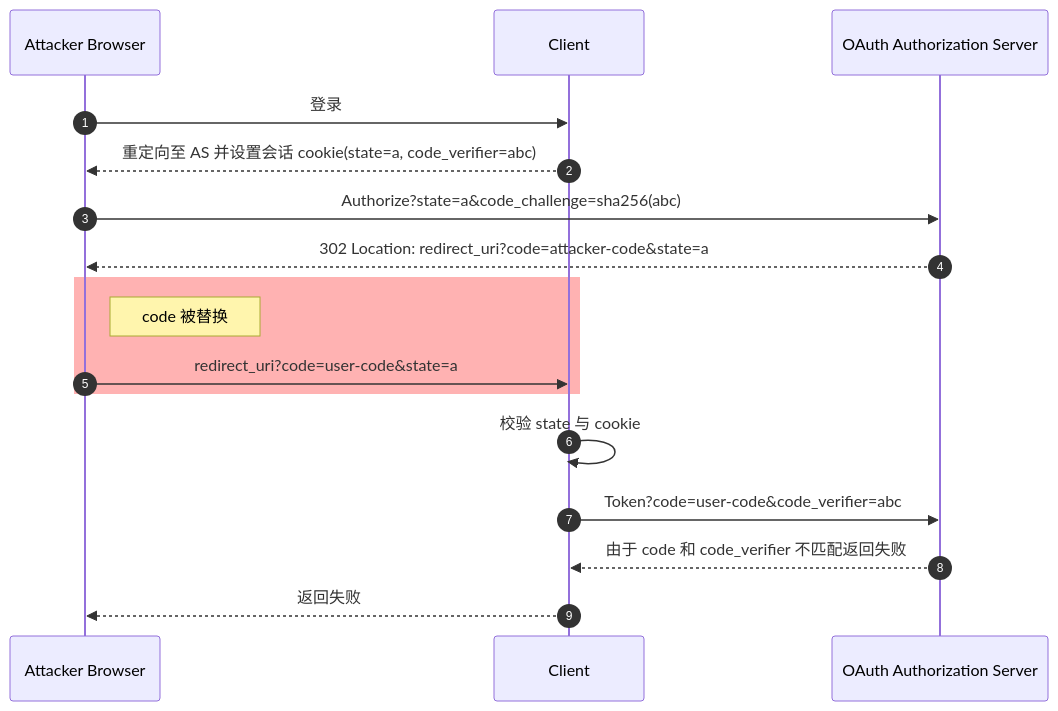
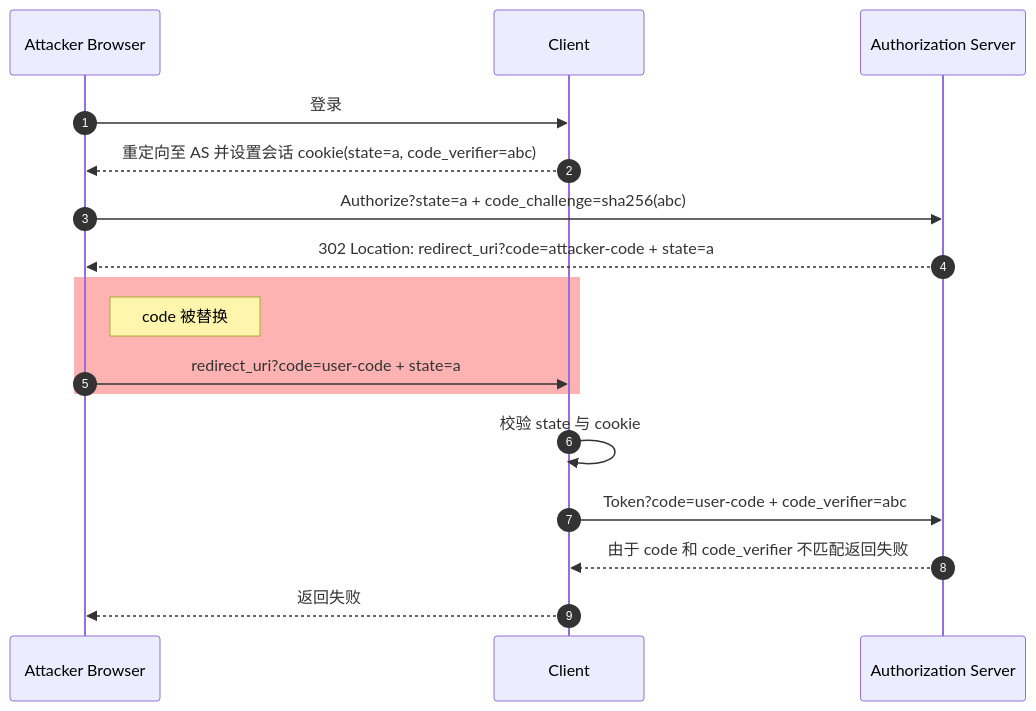
Before and after one commit to lsj9383/blog: the fourth of 9 diagrams in posts/oauth-best-practice/readme.md, drawn with Mermaid. The commit also changed other lines of this file, not shown here.

````diff
--- a/posts/oauth-best-practice/readme.md
+++ b/posts/oauth-best-practice/readme.md
@@ -450,21 +461,21 @@
 ```mermaid
 sequenceDiagram
 autonumber
 
 participant attacker_browser as Attacker Browser
 participant client as Client
-participant authz_server as OAuth Authorization Server
+participant authz_server as Authorization Server
 
 attacker_browser ->> client: 登录
 client -->> attacker_browser: 重定向至 AS 并设置会话 cookie(state=a, code_verifier=abc)
-attacker_browser ->> authz_server: Authorize?state=a&code_challenge=sha256(abc)
-authz_server -->> attacker_browser: 302 Location: redirect_uri?code=attacker-code&state=a
+attacker_browser ->> authz_server: Authorize?state=a + code_challenge=sha256(abc)
+authz_server -->> attacker_browser: 302 Location: redirect_uri?code=attacker-code + state=a
 rect rgb(255, 0, 0, .3)
     Note right of attacker_browser: code 被替换
-    attacker_browser ->> client: redirect_uri?code=user-code&state=a
+    attacker_browser ->> client: redirect_uri?code=user-code + state=a
 end
 client ->> client: 校验 state 与 cookie
-client ->> authz_server: Token?code=user-code&code_verifier=abc
+client ->> authz_server: Token?code=user-code + code_verifier=abc
 authz_server -->> client: 由于 code 和 code_verifier 不匹配返回失败
 client -->> attacker_browser: 返回失败
 ```
````
